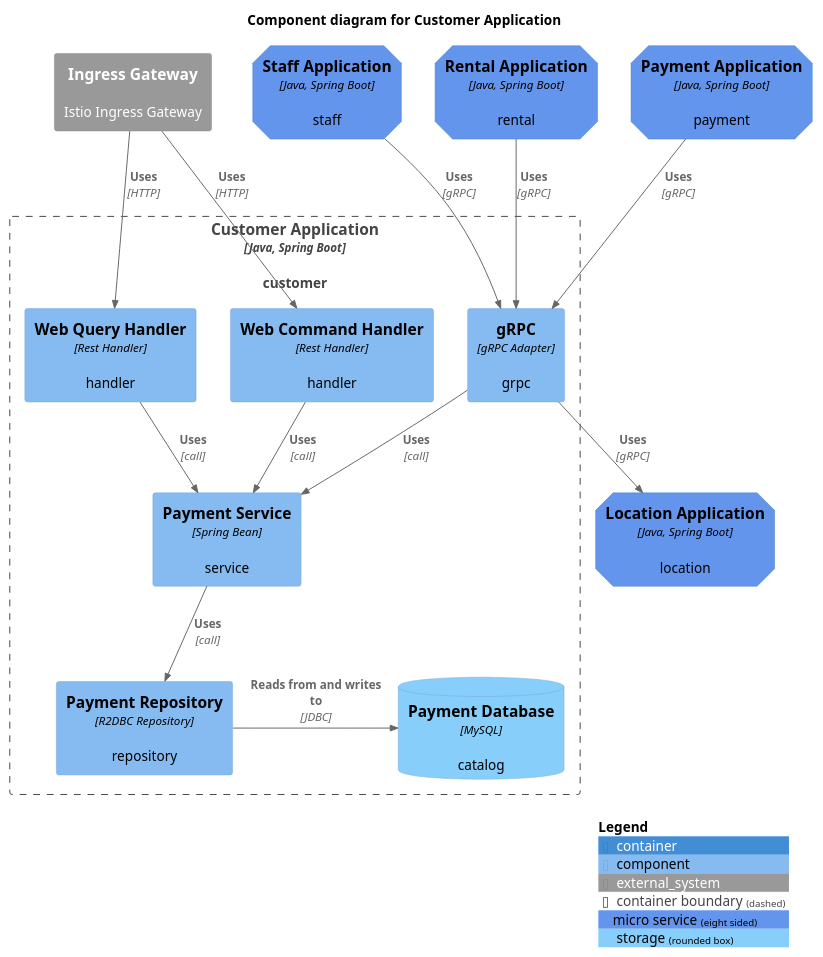
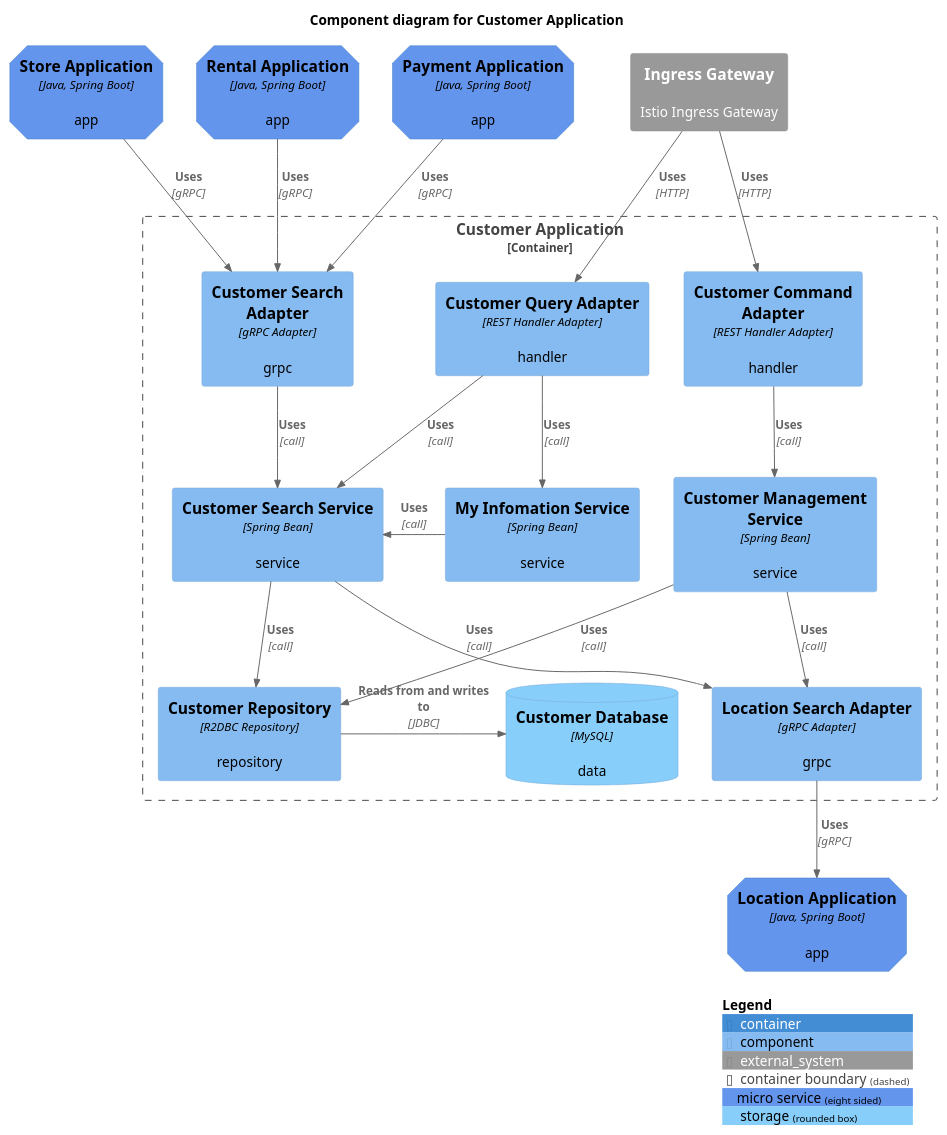
One commit to codejsha/sakila-microservices changed the diagram in diagram/component/customer-application.puml. Above: the diagram before and after it, drawn with PlantUML. The commit also changed 16 other files, not shown here.

Commit message:
update diagrams

```diff
--- a/diagram/component/customer-application.puml
+++ b/diagram/component/customer-application.puml
@@ -1,39 +1,52 @@
 @startuml "customer-application"
 !include https://raw.githubusercontent.com/plantuml-stdlib/C4-PlantUML/master/C4_Component.puml
 
 AddElementTag("micro_service", $shape=EightSidedShape(), $bgColor="CornflowerBlue", $fontColor="black", $legendText="micro service\neight sided")
 AddElementTag("storage", $shape=RoundedBoxShape(), $bgColor="lightSkyBlue", $fontColor="black")
 
 title Component diagram for Customer Application
 
-Container(customer_app, "Customer Application", "Java, Spring Boot", "customer", $tags = "micro_service")
-Container(rental_app, "Rental Application", "Java, Spring Boot", "rental", $tags = "micro_service")
-Container(payment_app, "Payment Application", "Java, Spring Boot", "payment", $tags = "micro_service")
-Container(staff_app, "Staff Application", "Java, Spring Boot", "staff", $tags = "micro_service")
-Container(location_app, "Location Application", "Java, Spring Boot", "location", $tags = "micro_service")
+Container(rental_app, "Rental Application", "Java, Spring Boot", "app", $tags = "micro_service")
+Container(payment_app, "Payment Application", "Java, Spring Boot", "app", $tags = "micro_service")
+Container(store_app, "Store Application", "Java, Spring Boot", "app", $tags = "micro_service")
 System_Ext(ingress_gateway, "Ingress Gateway", "Istio Ingress Gateway")
 
+Container(location_app, "Location Application", "Java, Spring Boot", "app", $tags = "micro_service")
+
 Container_Boundary(customer_app, "Customer Application") {
-    Component(command_handler, "Web Command Handler", "Rest Handler", "handler")
-    Component(query_handler, "Web Query Handler", "Rest Handler", "handler")
-    Component(grpc, "gRPC", "gRPC Adapter", "grpc")
-    Component(payment_service, "Payment Service", "Spring Bean", "service")
-    Component(payment_repository, "Payment Repository", "R2DBC Repository", "repository")
-    ComponentDb(payment_db, "Payment Database", "MySQL", "catalog", $tags = "storage")
+    Component(command_adapter, "Customer Command Adapter", "REST Handler Adapter", "handler")
+    Component(query_adapter, "Customer Query Adapter", "REST Handler Adapter", "handler")
+    Component(customer_search_adapter, "Customer Search Adapter", "gRPC Adapter", "grpc")
+    Component(location_search_adapter, "Location Search Adapter", "gRPC Adapter", "grpc")
 
-    Rel(command_handler, payment_service, "Uses", "call")
-    Rel(query_handler, payment_service, "Uses", "call")
-    Rel(payment_service, payment_repository, "Uses", "call")
-    Rel(grpc, payment_service, "Uses", "call")
-    Rel_R(payment_repository, payment_db, "Reads from and writes to", "JDBC")
+    Component(customer_mgmt_service, "Customer Management Service", "Spring Bean", "service")
+    Component(customer_search_service, "Customer Search Service", "Spring Bean", "service")
+    Component(my_infomation_service, "My Infomation Service", "Spring Bean", "service")
+
+    Component(customer_repository, "Customer Repository", "R2DBC Repository", "repository")
+    ComponentDb(customer_db, "Customer Database", "MySQL", "data", $tags = "storage")
+
+    Rel(command_adapter, customer_mgmt_service, "Uses", "call")
+    Rel(query_adapter, customer_search_service, "Uses", "call")
+    Rel(query_adapter, my_infomation_service, "Uses", "call")
+    Rel(customer_search_adapter, customer_search_service, "Uses", "call")
+
+    Rel(customer_mgmt_service, customer_repository, "Uses", "call")
+    Rel(customer_mgmt_service, location_search_adapter, "Uses", "call")
+    Rel(customer_search_service, customer_repository, "Uses", "call")
+    Rel(customer_search_service, location_search_adapter, "Uses", "call")
+    Rel_R(my_infomation_service, customer_search_service, "Uses", "call")
+
+    Rel_R(customer_repository, customer_db, "Reads from and writes to", "JDBC")
 }
 
-Rel(rental_app, grpc, "Uses", "gRPC")
-Rel(payment_app, grpc, "Uses", "gRPC")
-Rel(staff_app, grpc, "Uses", "gRPC")
-Rel(grpc, location_app, "Uses", "gRPC")
-Rel(ingress_gateway, command_handler, "Uses", "HTTP")
-Rel(ingress_gateway, query_handler, "Uses", "HTTP")
+Rel(rental_app, customer_search_adapter, "Uses", "gRPC")
+Rel(payment_app, customer_search_adapter, "Uses", "gRPC")
+Rel(store_app, customer_search_adapter, "Uses", "gRPC")
+Rel(ingress_gateway, command_adapter, "Uses", "HTTP")
+Rel(ingress_gateway, query_adapter, "Uses", "HTTP")
+
+Rel(location_search_adapter, location_app, "Uses", "gRPC")
 
 SHOW_LEGEND()
 @enduml
```
